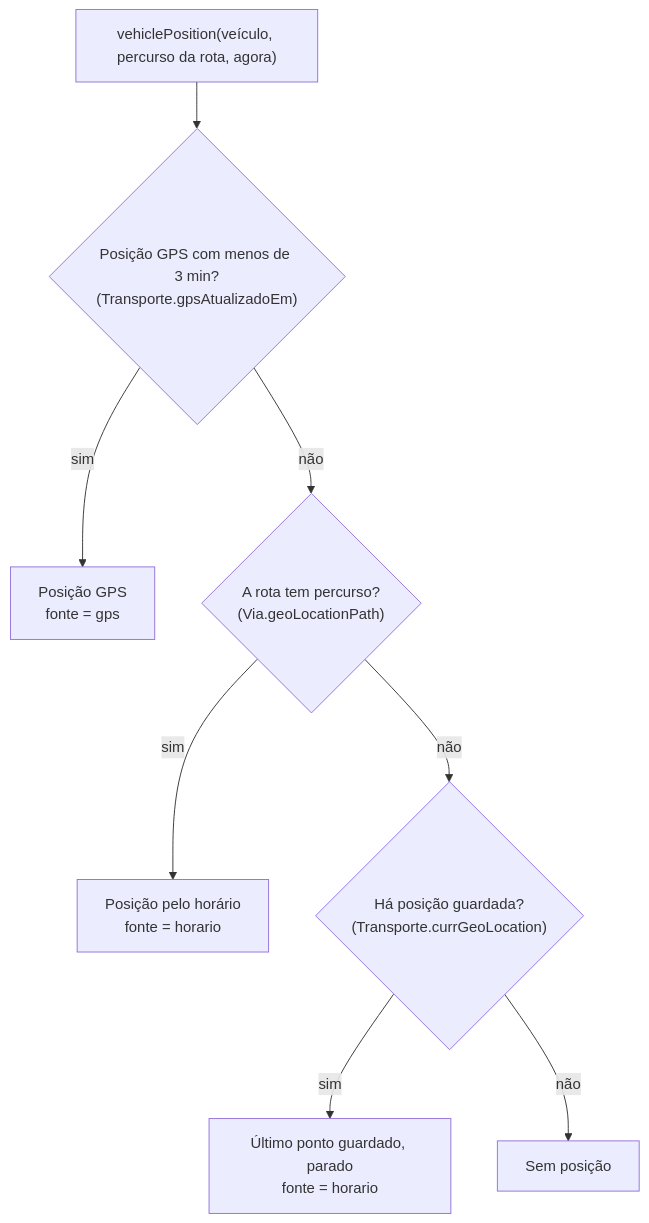
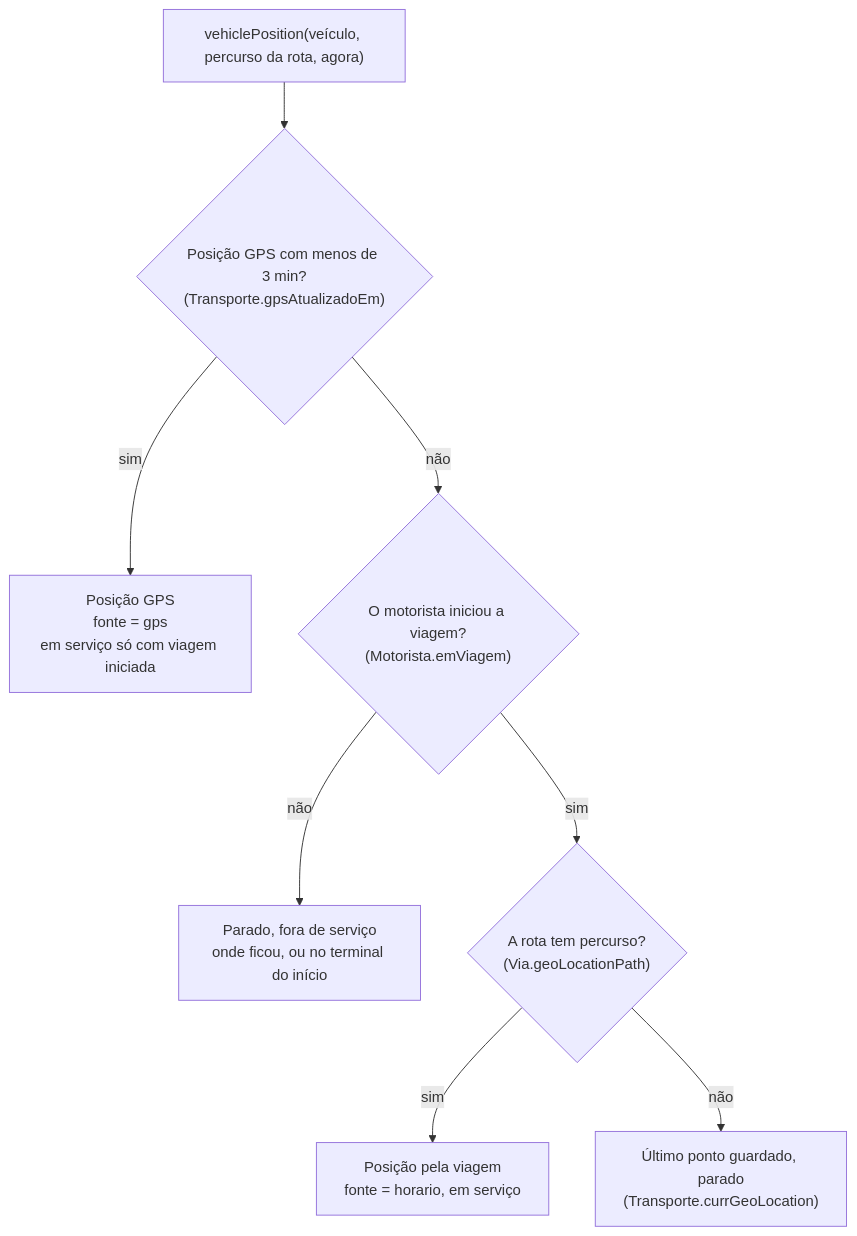
Before and after one commit to transportmozambique/Transport-Mozambique: the diagram in docs/localizacao-gps.md, drawn with Mermaid. The commit also changed other lines of this file and 64 other files, not shown here.

````diff
--- a/docs/localizacao-gps.md
+++ b/docs/localizacao-gps.md
@@ -34,10 +34,10 @@
 ```mermaid
 flowchart TD
   A["vehiclePosition(veículo, percurso da rota, agora)"] --> B{"Posição GPS com menos de 3 min?<br/>(Transporte.gpsAtualizadoEm)"}
-  B -- sim --> G["Posição GPS<br/>fonte = gps"]
-  B -- não --> C{"A rota tem percurso?<br/>(Via.geoLocationPath)"}
-  C -- sim --> H["Posição pelo horário<br/>fonte = horario"]
-  C -- não --> D{"Há posição guardada?<br/>(Transporte.currGeoLocation)"}
-  D -- sim --> L["Último ponto guardado, parado<br/>fonte = horario"]
-  D -- não --> N["Sem posição"]
+  B -- sim --> G["Posição GPS<br/>fonte = gps<br/>em serviço só com viagem iniciada"]
+  B -- não --> T{"O motorista iniciou a viagem?<br/>(Motorista.emViagem)"}
+  T -- não --> P["Parado, fora de serviço<br/>onde ficou, ou no terminal do início"]
+  T -- sim --> C{"A rota tem percurso?<br/>(Via.geoLocationPath)"}
+  C -- sim --> H["Posição pela viagem<br/>fonte = horario, em serviço"]
+  C -- não --> L["Último ponto guardado, parado<br/>(Transporte.currGeoLocation)"]
 ```
````
